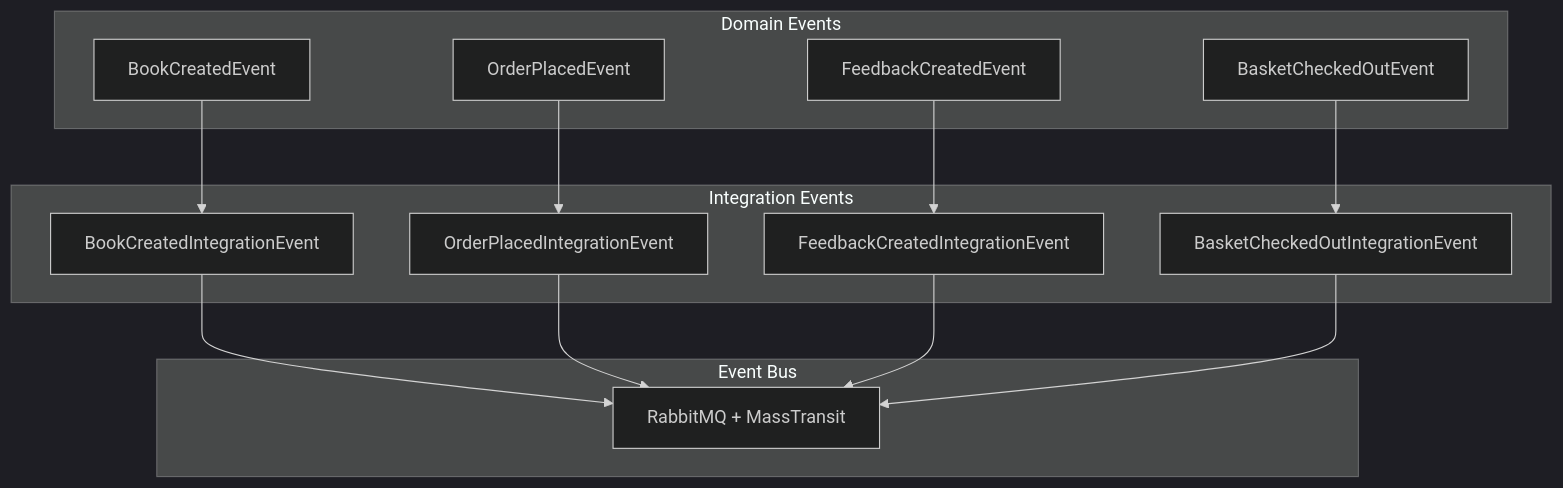
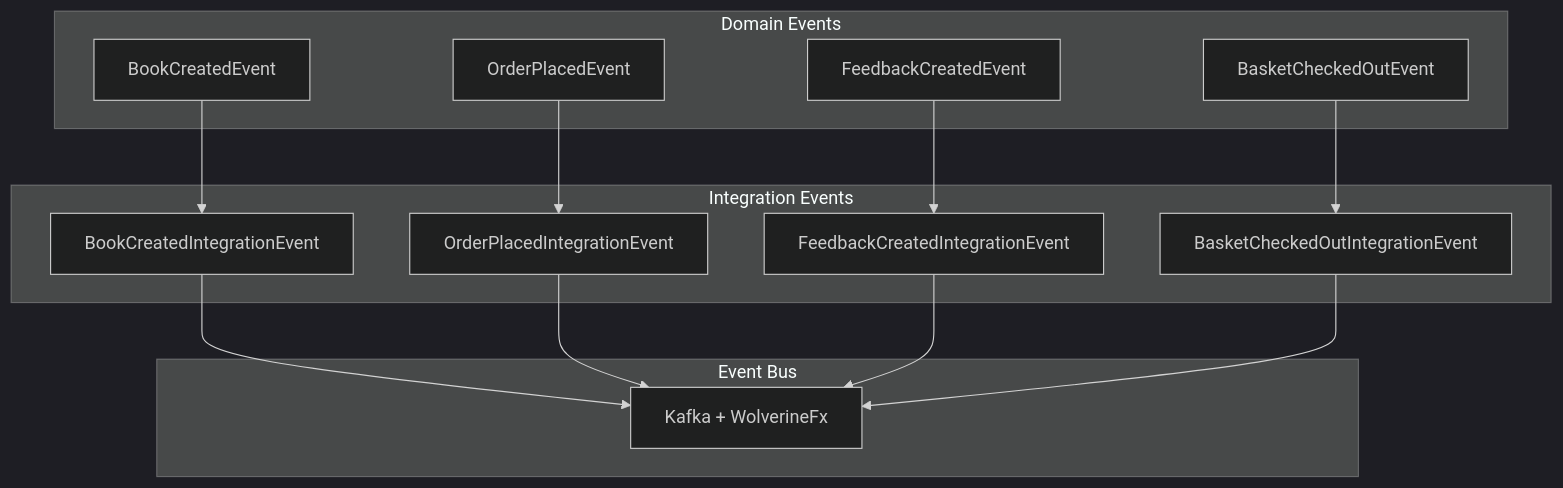
Before and after one commit to foxminchan/BookWorm: the first of 5 diagrams in docs/docusaurus/docs/09-architecture-decisions/adr-002-event-driven-cqrs.mdx, drawn with Mermaid (dark theme). The commit also changed other lines of this file and 65 other files, not shown here.

Commit message:
chore(docs): update architecture decision records (#1127)

````diff
--- a/docs/docusaurus/docs/09-architecture-decisions/adr-002-event-driven-cqrs.mdx
+++ b/docs/docusaurus/docs/09-architecture-decisions/adr-002-event-driven-cqrs.mdx
@@ -93,30 +94,30 @@
 ```mermaid
 graph TB
     subgraph "Domain Events"
         DE1[BookCreatedEvent]
         DE2[OrderPlacedEvent]
         DE3[FeedbackCreatedEvent]
         DE4[BasketCheckedOutEvent]
     end
 
     subgraph "Integration Events"
         IE1[BookCreatedIntegrationEvent]
         IE2[OrderPlacedIntegrationEvent]
         IE3[FeedbackCreatedIntegrationEvent]
         IE4[BasketCheckedOutIntegrationEvent]
     end
 
     subgraph "Event Bus"
-        EB[RabbitMQ + MassTransit]
+        EB[Kafka + WolverineFx]
     end
 
     DE1 --> IE1
     DE2 --> IE2
     DE3 --> IE3
     DE4 --> IE4
 
     IE1 --> EB
     IE2 --> EB
     IE3 --> EB
     IE4 --> EB
 ```
````
